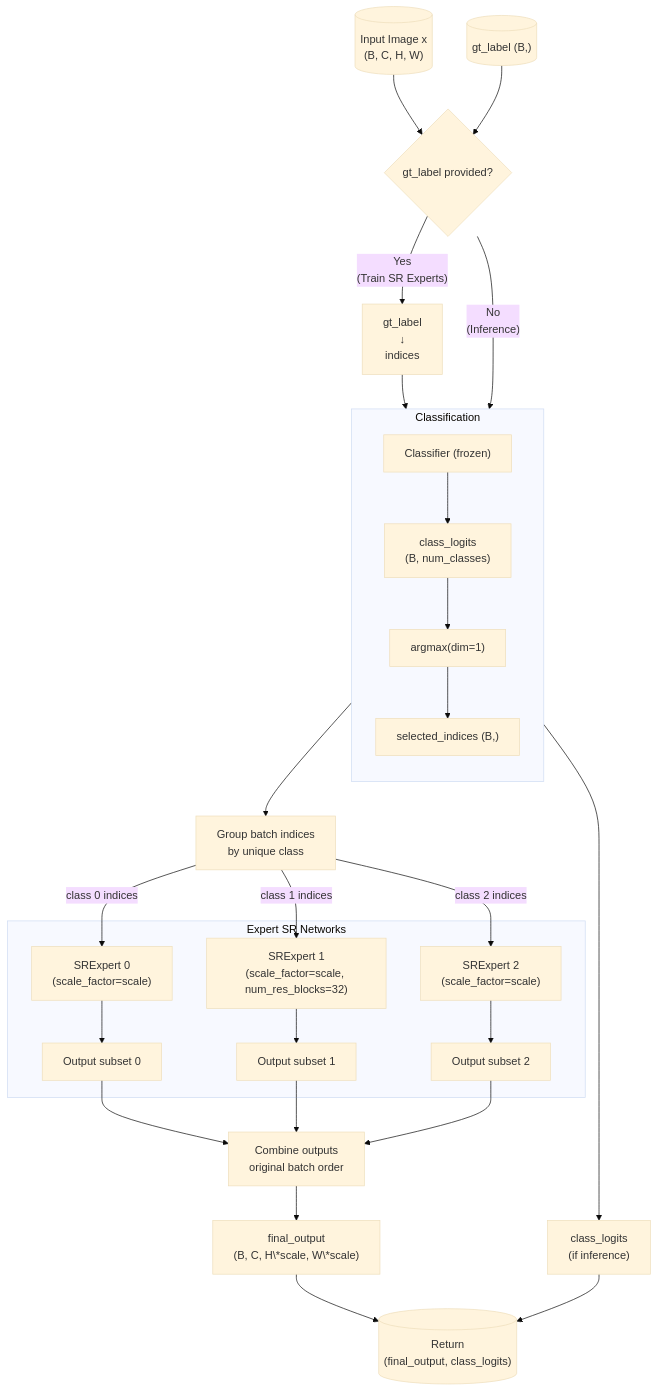
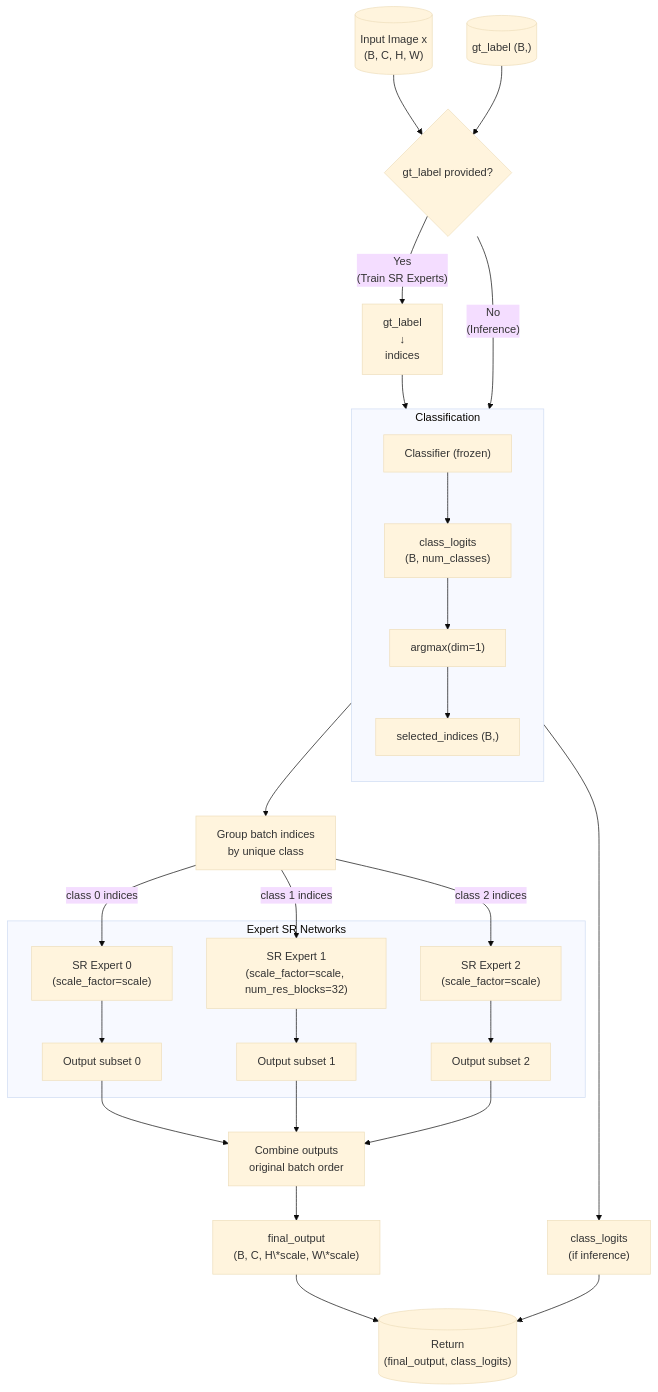
Before and after one commit to wyywnab/NJUPT-SAST-Python-WoC-2025: the diagram in class_sr_moe/README.md, drawn with Mermaid (base theme). The commit also changed other lines of this file and 2 other files, not shown here.

````diff
--- a/class_sr_moe/README.md
+++ b/class_sr_moe/README.md
@@ -103,40 +104,40 @@
 ```mermaid
 graph TD
     Input[("Input Image x<br>(B, C, H, W)")] --> CheckGT{gt_label provided?}
     GT[("gt_label (B,)")] --> CheckGT
 
     CheckGT -- Yes<br>(Train SR Experts) --> UseGT["gt_label<br>↓<br>indices"]
     CheckGT -- No<br>(Inference) --> InferencePath["Inference: use classifier"]
 
     subgraph InferencePath [Classification]
         direction TB
         Classifier["Classifier (frozen)"] --> Logits["class_logits<br>(B, num_classes)"]
         Logits --> ArgMax["argmax(dim=1)"] --> SelectedIndices["selected_indices (B,)"]
     end
 
     UseGT --> SelectedIndices
 
     SelectedIndices --> GroupByClass["Group batch indices<br> by unique class"]
 
     subgraph ExpertProcessing [Expert SR Networks]
-        Expert0["SRExpert 0<br>(scale_factor=scale)"] --> Out0
-        Expert1["SRExpert 1<br>(scale_factor=scale, num_res_blocks=32)"] --> Out1
-        Expert2["SRExpert 2<br>(scale_factor=scale)"] --> Out2
+        Expert0["SR Expert 0<br>(scale_factor=scale)"] --> Out0
+        Expert1["SR Expert 1<br>(scale_factor=scale, num_res_blocks=32)"] --> Out1
+        Expert2["SR Expert 2<br>(scale_factor=scale)"] --> Out2
     end
 
     GroupByClass -- "class 0 indices" --> Expert0
     GroupByClass -- "class 1 indices" --> Expert1
     GroupByClass -- "class 2 indices" --> Expert2
 
     Out0["Output subset 0"] --> Combine
     Out1["Output subset 1"] --> Combine
     Out2["Output subset 2"] --> Combine
 
     Combine["Combine outputs<br>original batch order"] --> FinalOutput["final_output<br>(B, C, H\*scale, W\*scale)"]
 
     Logits --> OutputLogits["class_logits<br>(if inference)"]
 
     FinalOutput --> Return
     OutputLogits --> Return
     Return[("Return<br>(final_output, class_logits)")]
 ```
````
